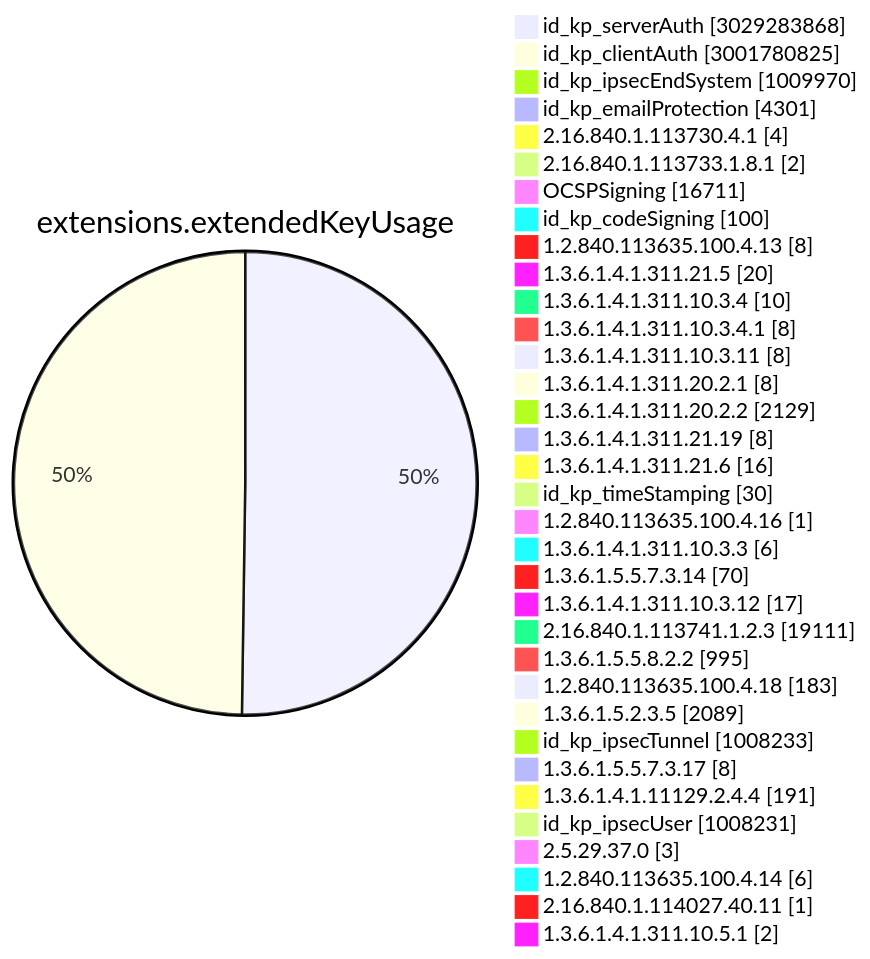
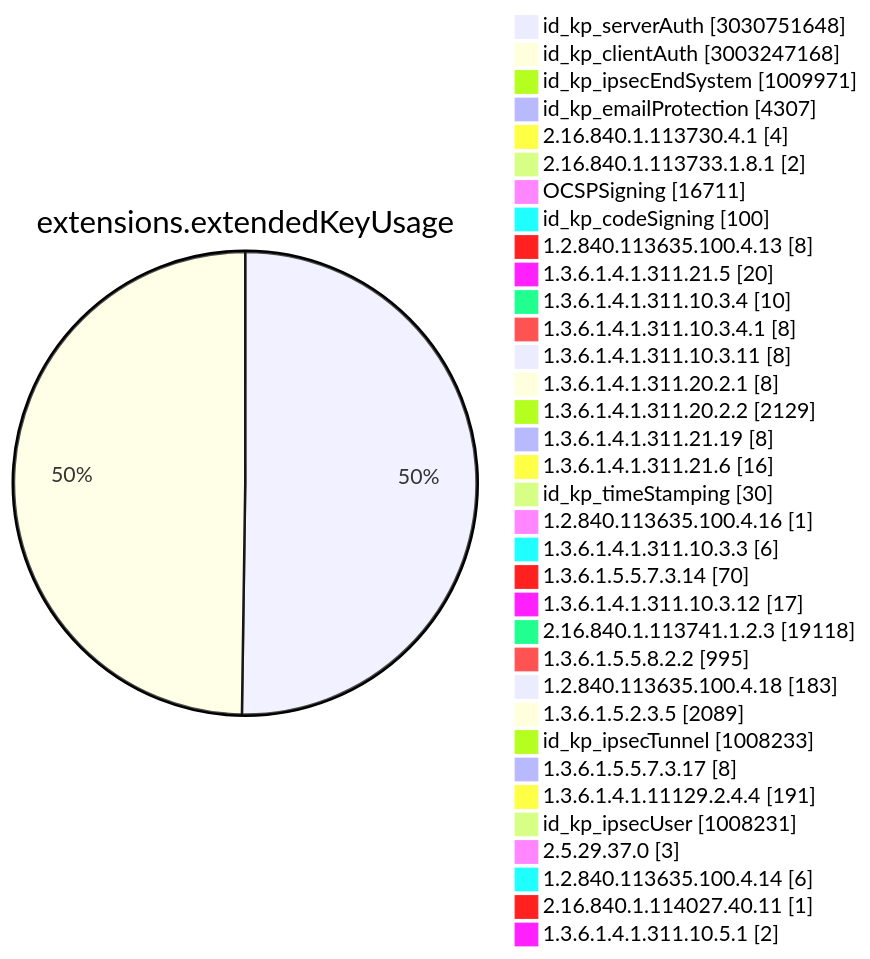
Diagram 11 of 15 in TOTAL/README.md (christiankrug/ctmonitor_visualization), drawn with Mermaid before and after one commit. The commit also changed other lines of this file, not shown here.

````diff
--- a/TOTAL/README.md
+++ b/TOTAL/README.md
@@ -4111,38 +4111,38 @@
 ```mermaid
 pie showData
 title extensions.extendedKeyUsage
-"id_kp_serverAuth" :3029283868
-"id_kp_clientAuth" :3001780825
-"id_kp_ipsecEndSystem" :1009970
-"id_kp_emailProtection" :4301
+"id_kp_serverAuth" :3030751648
+"id_kp_clientAuth" :3003247168
+"id_kp_ipsecEndSystem" :1009971
+"id_kp_emailProtection" :4307
 "2.16.840.1.113730.4.1" :4
 "2.16.840.1.113733.1.8.1" :2
 "OCSPSigning" :16711
 "id_kp_codeSigning" :100
 "1.2.840.113635.100.4.13" :8
 "1.3.6.1.4.1.311.21.5" :20
 "1.3.6.1.4.1.311.10.3.4" :10
 "1.3.6.1.4.1.311.10.3.4.1" :8
 "1.3.6.1.4.1.311.10.3.11" :8
 "1.3.6.1.4.1.311.20.2.1" :8
 "1.3.6.1.4.1.311.20.2.2" :2129
 "1.3.6.1.4.1.311.21.19" :8
 "1.3.6.1.4.1.311.21.6" :16
 "id_kp_timeStamping" :30
 "1.2.840.113635.100.4.16" :1
 "1.3.6.1.4.1.311.10.3.3" :6
 "1.3.6.1.5.5.7.3.14" :70
 "1.3.6.1.4.1.311.10.3.12" :17
-"2.16.840.1.113741.1.2.3" :19111
+"2.16.840.1.113741.1.2.3" :19118
 "1.3.6.1.5.5.8.2.2" :995
 "1.2.840.113635.100.4.18" :183
 "1.3.6.1.5.2.3.5" :2089
 "id_kp_ipsecTunnel" :1008233
 "1.3.6.1.5.5.7.3.17" :8
 "1.3.6.1.4.1.11129.2.4.4" :191
 "id_kp_ipsecUser" :1008231
 "2.5.29.37.0" :3
 "1.2.840.113635.100.4.14" :6
 "2.16.840.1.114027.40.11" :1
 "1.3.6.1.4.1.311.10.5.1" :2
 ```
````
